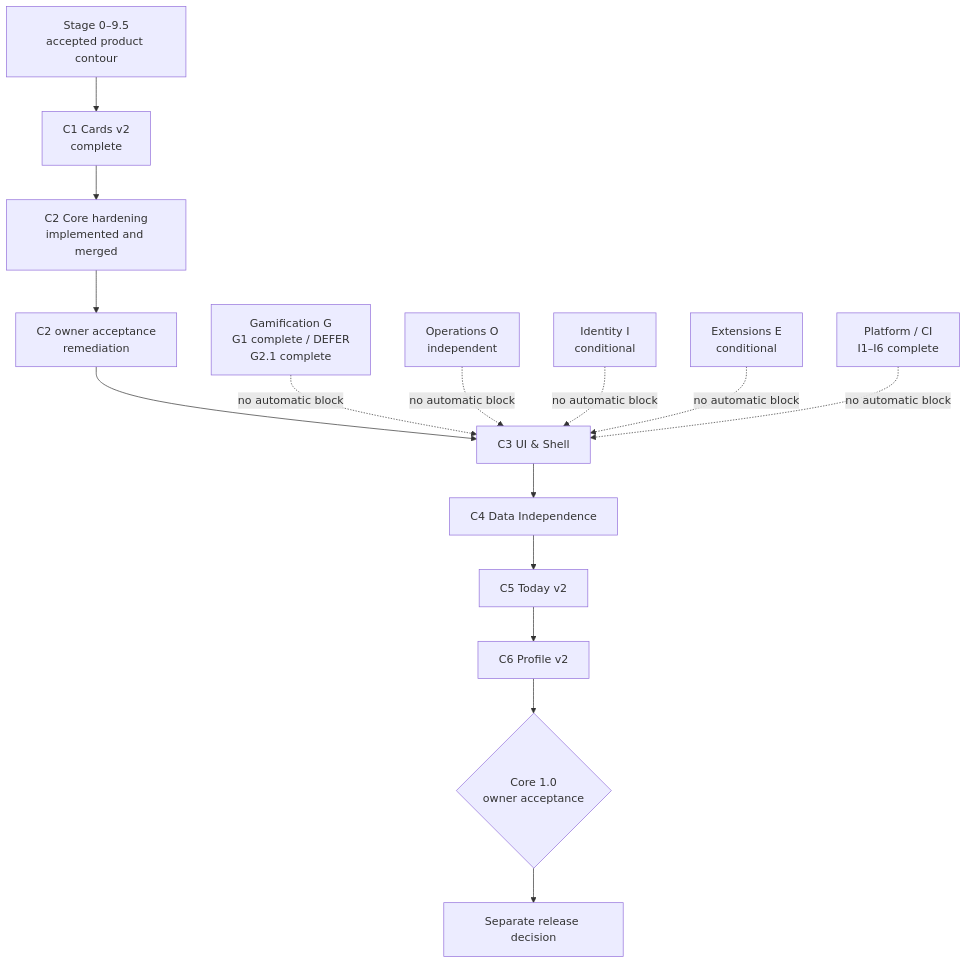
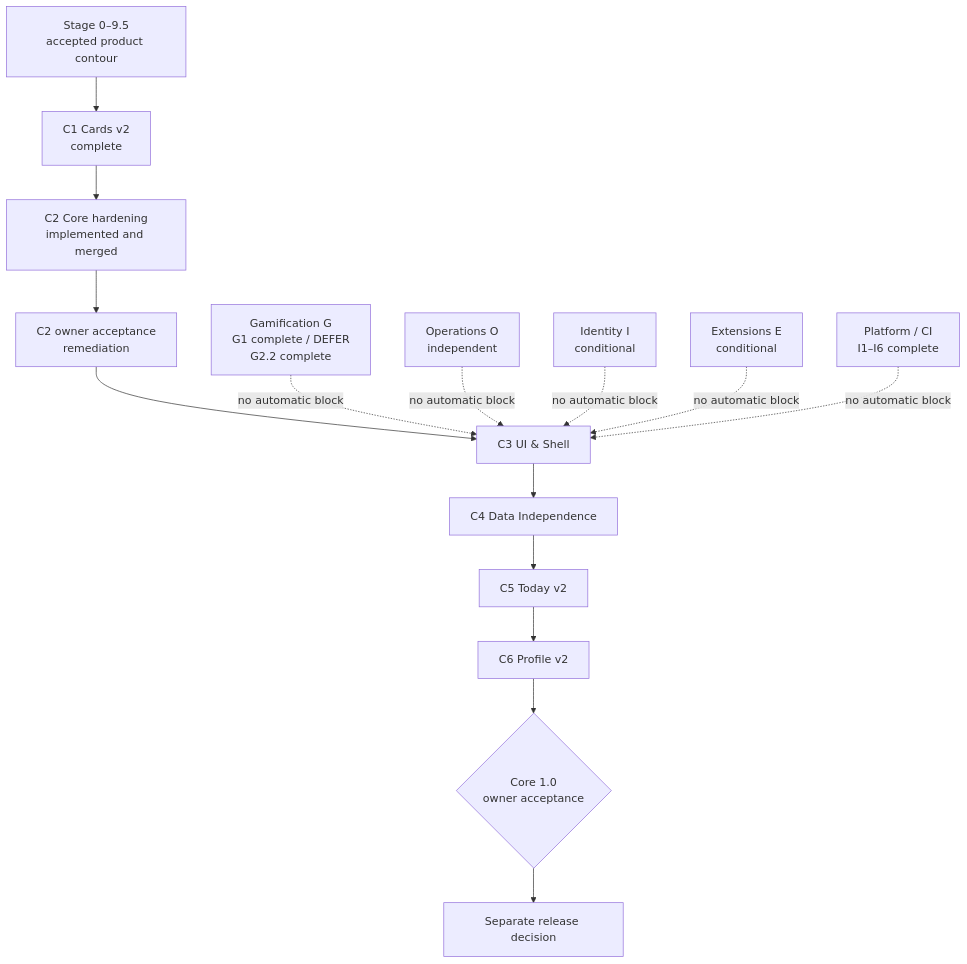
Before and after one commit to AliceLiddell01/anki-study-report: the diagram in roadmap/README.md, drawn with Mermaid. The commit also changed other lines of this file and 6 other files, not shown here.

````diff
--- a/roadmap/README.md
+++ b/roadmap/README.md
@@ -9,24 +9,24 @@
 ```mermaid
 flowchart TB
     S[Stage 0–9.5<br/>accepted product contour] --> C1[C1 Cards v2<br/>complete]
     C1 --> C2[C2 Core hardening<br/>implemented and merged]
     C2 --> A[C2 owner acceptance<br/>remediation]
     A --> C3[C3 UI & Shell]
     C3 --> C4[C4 Data Independence]
     C4 --> C5[C5 Today v2]
     C5 --> C6[C6 Profile v2]
     C6 --> R{Core 1.0<br/>owner acceptance}
     R --> REL[Separate release decision]
 
-    G[Gamification G<br/>G1 complete / DEFER<br/>G2.1 complete]
+    G[Gamification G<br/>G1 complete / DEFER<br/>G2.2 complete]
     O[Operations O<br/>independent]
     I[Identity I<br/>conditional]
     E[Extensions E<br/>conditional]
     P[Platform / CI<br/>I1–I6 complete]
 
     G -. no automatic block .-> C3
     O -. no automatic block .-> C3
     I -. no automatic block .-> C3
     E -. no automatic block .-> C3
     P -. no automatic block .-> C3
 ```
````
